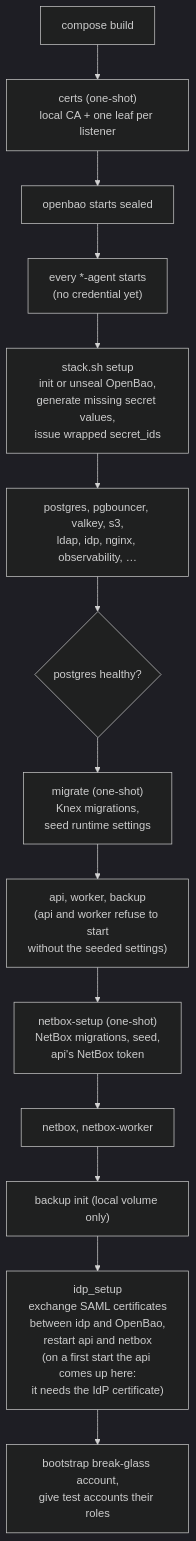
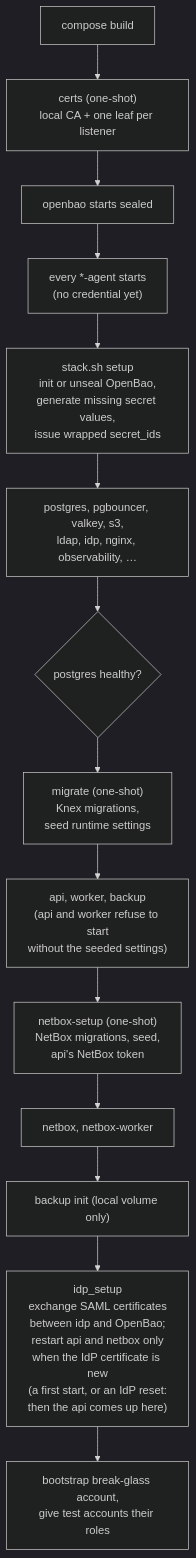
Before and after one commit to rabalyn/feathers-skeleton-stack: the first of 3 diagrams in docs/adr_v2/diagrams/startup-and-secrets.md, drawn with Mermaid (dark theme).

Commit message:
docs(adr): startup diagram restarts api and NetBox only on a new IdP certificate (ADR 0019)

````diff
--- a/docs/adr_v2/diagrams/startup-and-secrets.md
+++ b/docs/adr_v2/diagrams/startup-and-secrets.md
@@ -9,16 +9,16 @@
 ```mermaid
 flowchart TD
   build["compose build"] --> certs["certs (one-shot)<br>local CA + one leaf per listener"]
   certs --> openbao["openbao starts sealed"]
   openbao --> agents["every *-agent starts<br>(no credential yet)"]
   agents --> setup["stack.sh setup<br>init or unseal OpenBao,<br>generate missing secret values,<br>issue wrapped secret_ids"]
   setup --> services["postgres, pgbouncer, valkey, s3,<br>ldap, idp, nginx, observability, …"]
   services --> pgHealthy{"postgres healthy?"}
   pgHealthy --> migrate["migrate (one-shot)<br>Knex migrations,<br>seed runtime settings"]
   migrate --> appJobs["api, worker, backup<br>(api and worker refuse to start<br>without the seeded settings)"]
   appJobs --> netboxSetup["netbox-setup (one-shot)<br>NetBox migrations, seed,<br>api's NetBox token"]
   netboxSetup --> netbox["netbox, netbox-worker"]
   netbox --> init["backup init (local volume only)"]
-  init --> idpSetup["idp_setup<br>exchange SAML certificates<br>between idp and OpenBao,<br>restart api and netbox<br>(on a first start the api comes up here:<br>it needs the IdP certificate)"]
+  init --> idpSetup["idp_setup<br>exchange SAML certificates<br>between idp and OpenBao;<br>restart api and netbox only<br>when the IdP certificate is new<br>(a first start, or an IdP reset:<br>then the api comes up here)"]
   idpSetup --> breakglass["bootstrap break-glass account,<br>give test accounts their roles"]
 ```
````
